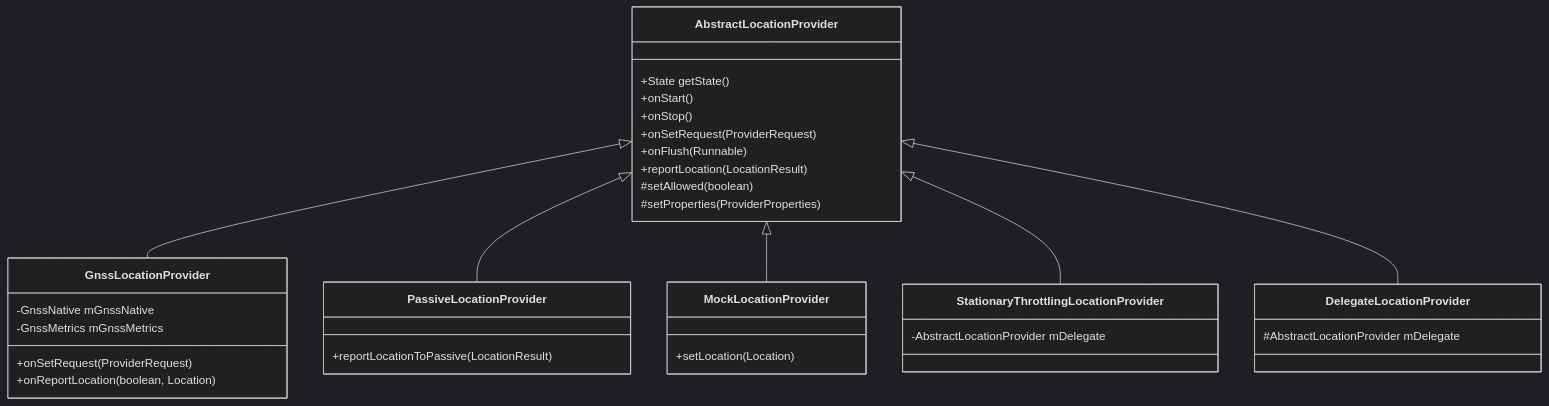
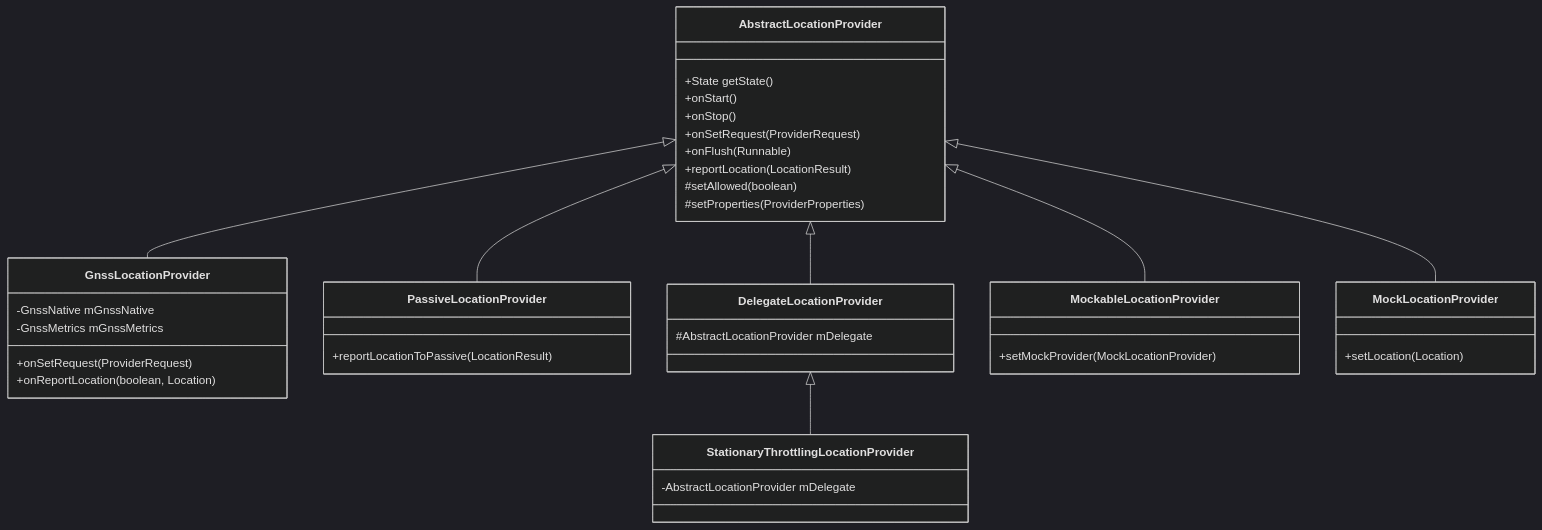
The second of 25 diagrams in agents/claude/skills/aosp-framework-services/33-location.md (aospbooks/aosp-internal-book), drawn with Mermaid (dark theme) before and after one commit. The commit also changed other lines of this file and 232 other files, not shown here.

````diff
--- a/agents/claude/skills/aosp-framework-services/33-location.md
+++ b/agents/claude/skills/aosp-framework-services/33-location.md
@@ -223,42 +271,47 @@
 ```mermaid
 classDiagram
     class AbstractLocationProvider {
         +State getState()
         +onStart()
         +onStop()
         +onSetRequest(ProviderRequest)
         +onFlush(Runnable)
         +reportLocation(LocationResult)
         #setAllowed(boolean)
         #setProperties(ProviderProperties)
     }
 
     class GnssLocationProvider {
         -GnssNative mGnssNative
         -GnssMetrics mGnssMetrics
         +onSetRequest(ProviderRequest)
         +onReportLocation(boolean, Location)
     }
 
     class PassiveLocationProvider {
         +reportLocationToPassive(LocationResult)
     }
 
+    class DelegateLocationProvider {
+        #AbstractLocationProvider mDelegate
+    }
+
     class StationaryThrottlingLocationProvider {
         -AbstractLocationProvider mDelegate
+    }
+
+    class MockableLocationProvider {
+        +setMockProvider(MockLocationProvider)
     }
 
     class MockLocationProvider {
         +setLocation(Location)
     }
 
-    class DelegateLocationProvider {
-        #AbstractLocationProvider mDelegate
-    }
-
     AbstractLocationProvider <|-- GnssLocationProvider
     AbstractLocationProvider <|-- PassiveLocationProvider
     AbstractLocationProvider <|-- MockLocationProvider
-    AbstractLocationProvider <|-- StationaryThrottlingLocationProvider
+    AbstractLocationProvider <|-- MockableLocationProvider
     AbstractLocationProvider <|-- DelegateLocationProvider
+    DelegateLocationProvider <|-- StationaryThrottlingLocationProvider
 ```
````
